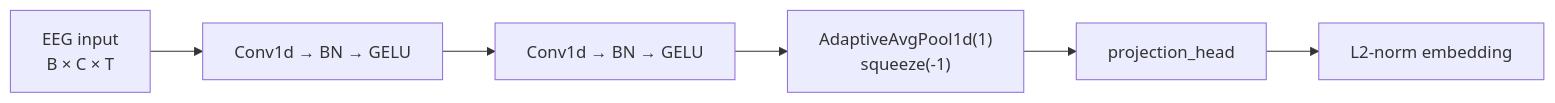
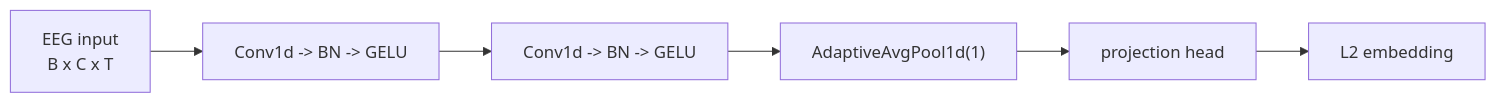
One commit to RTae/SUPA-EEG changed the fourth of 5 diagrams in README.md. Above: the diagram before and after it, drawn with Mermaid. The commit also changed other lines of this file and 3 other files, not shown here.

````diff
--- a/README.md
+++ b/README.md
@@ -176,8 +237,8 @@
 ```mermaid
 flowchart LR
-    A["EEG input\nB × C × T"] --> B["Conv1d → BN → GELU"]
-    B --> C["Conv1d → BN → GELU"]
-    C --> D["AdaptiveAvgPool1d(1)\nsqueeze(-1)"]
-    D --> E["projection_head"]
-    E --> F["L2-norm embedding"]
+    A["EEG input\nB x C x T"] --> B["Conv1d -> BN -> GELU"]
+    B --> C["Conv1d -> BN -> GELU"]
+    C --> D["AdaptiveAvgPool1d(1)"]
+    D --> E["projection head"]
+    E --> F["L2 embedding"]
 ```
````
